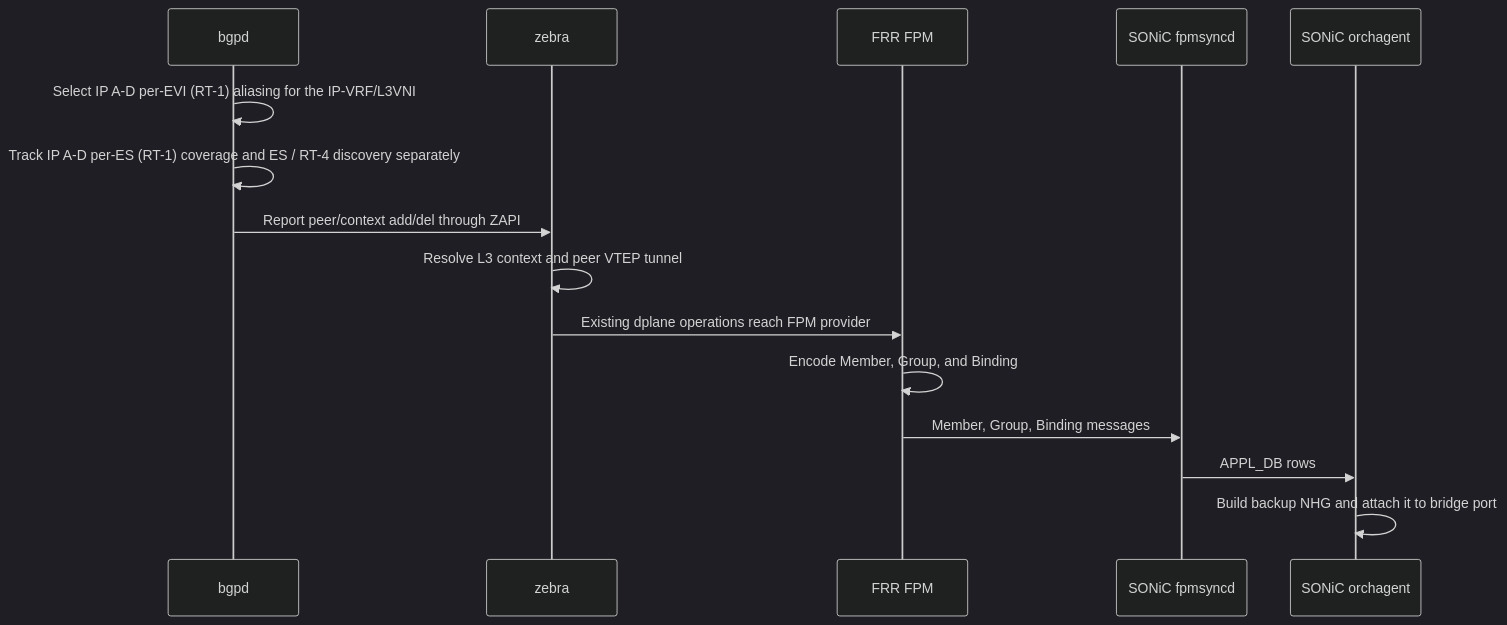
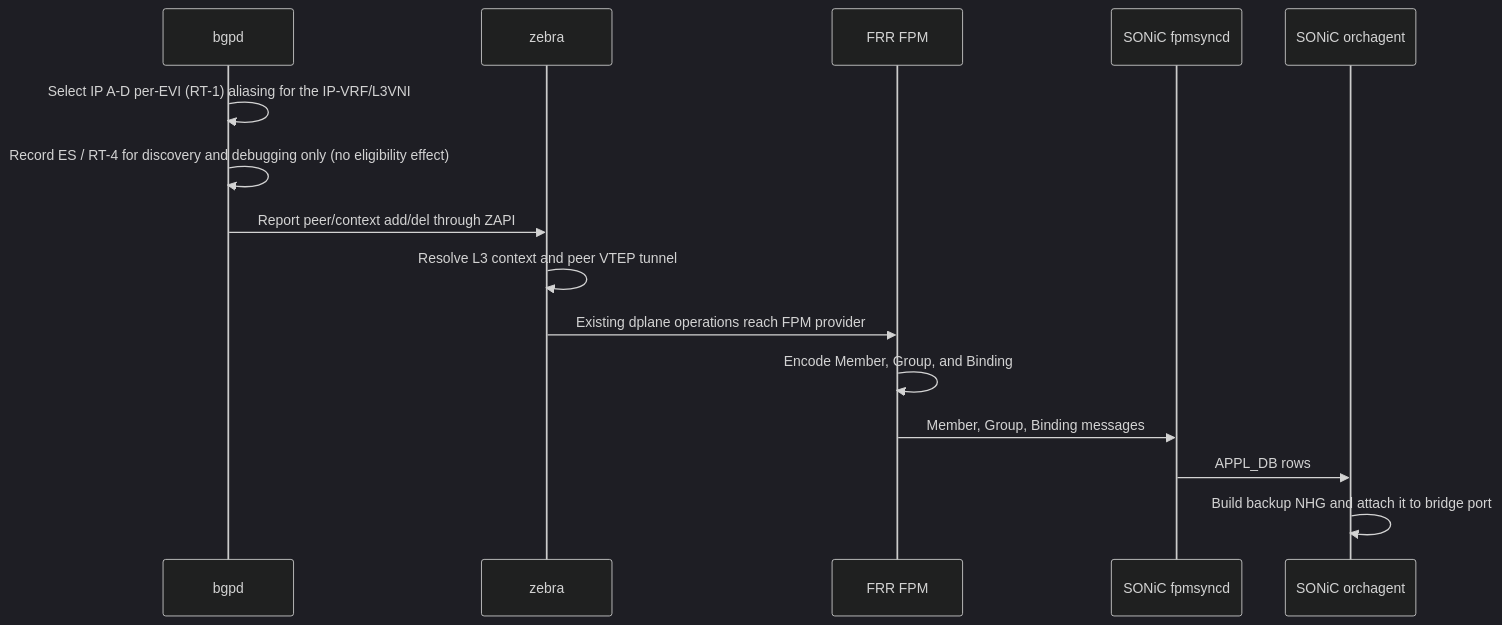
Before and after one commit to sonic-net/SONiC: the diagram in doc/vxlan/EVPN/EVPN-Bridge-Port-Protection-FRR-HLD.md, drawn with Mermaid (dark theme). The commit also changed other lines of this file, not shown here.

First line of the commit message:
Re-align EVPN Bridge-Port Protection FRR HLD architecture

````diff
--- a/doc/vxlan/EVPN/EVPN-Bridge-Port-Protection-FRR-HLD.md
+++ b/doc/vxlan/EVPN/EVPN-Bridge-Port-Protection-FRR-HLD.md
@@ -307,18 +309,18 @@
 ```mermaid
 sequenceDiagram
     participant B as bgpd
     participant Z as zebra
     participant F as FRR FPM
     participant S as SONiC fpmsyncd
     participant O as SONiC orchagent
 
     B->>B: Select IP A-D per-EVI (RT-1) aliasing for the IP-VRF/L3VNI
-    B->>B: Track IP A-D per-ES (RT-1) coverage and ES / RT-4 discovery separately
+    B->>B: Record ES / RT-4 for discovery and debugging only (no eligibility effect)
     B->>Z: Report peer/context add/del through ZAPI
     Z->>Z: Resolve L3 context and peer VTEP tunnel
     Z->>F: Existing dplane operations reach FPM provider
     F->>F: Encode Member, Group, and Binding
     F->>S: Member, Group, Binding messages
     S->>O: APPL_DB rows
     O->>O: Build backup NHG and attach it to bridge port
 ```
````
